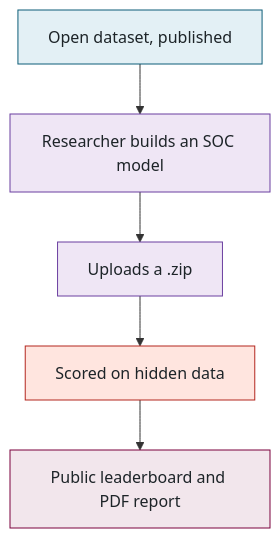
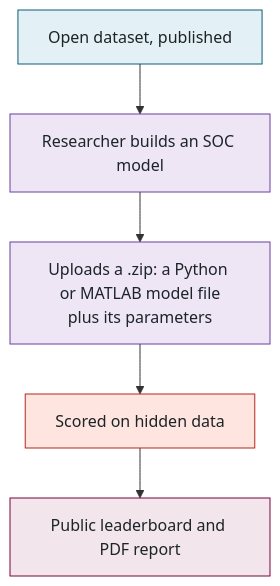
The first of 2 diagrams in docs/walkthrough/01-the-five-minute-version.md (McMaster-Battery-Research-Group/battery-soc-benchmark), drawn with Mermaid before and after one commit. The commit also changed other lines of this file and 2 other files, not shown here.

Commit message:
Walkthrough: Part 1 explains error as the metric and names the model file types; tighter page-break grouping

````diff
--- a/docs/walkthrough/01-the-five-minute-version.md
+++ b/docs/walkthrough/01-the-five-minute-version.md
@@ -14,15 +14,15 @@
 ```mermaid
 flowchart TB
     A["Open dataset, published"] --> B["Researcher builds an SOC model"]
-    B --> C["Uploads a .zip"]
+    B --> C["Uploads a .zip: a Python or MATLAB model file<br/>plus its parameters"]
     C --> D["Scored on hidden data"]
     D --> E["Public leaderboard and PDF report"]
     classDef data fill:#E3F0F5,stroke:#0D5D78,color:#1d2428
     classDef person fill:#EFE6F5,stroke:#6B3FA0,color:#1d2428
     classDef danger fill:#FFE5DF,stroke:#B3261E,color:#1d2428
     classDef web fill:#F2E6EC,stroke:#7A003C,color:#1d2428
     class A data
     class B,C person
     class D danger
     class E web
 ```
````
